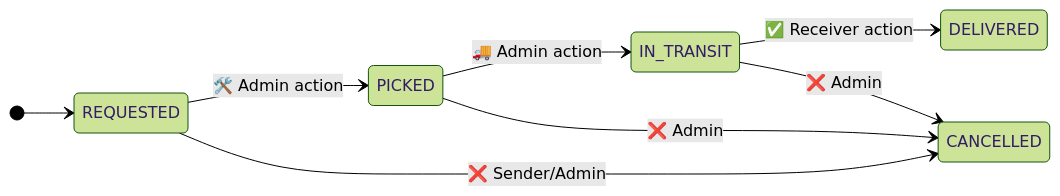
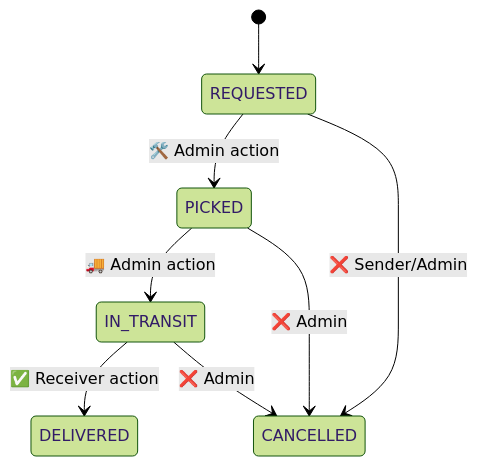
One commit to masudsw/percel-delevary changed the diagram in readme.md. Above: the diagram before and after it, drawn with Mermaid (forest theme).

````diff
--- a/readme.md
+++ b/readme.md
@@ -81,14 +81,16 @@
 ```mermaid
 stateDiagram-v2
-    direction LR
+
+    direction TB
+   
     [*] --> REQUESTED
     REQUESTED --> PICKED: 🛠️ Admin action
     PICKED --> IN_TRANSIT: 🚚 Admin action
     IN_TRANSIT --> DELIVERED: ✅ Receiver action
     
     %% Cancellation paths
   
     REQUESTED --> CANCELLED: ❌ Sender/Admin
     PICKED --> CANCELLED: ❌ Admin
     IN_TRANSIT --> CANCELLED: ❌ Admin
 ```
````
